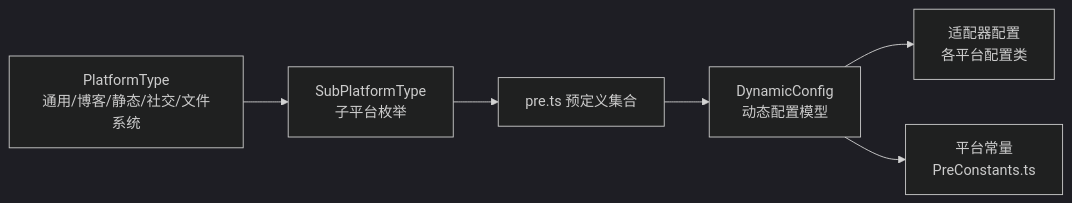
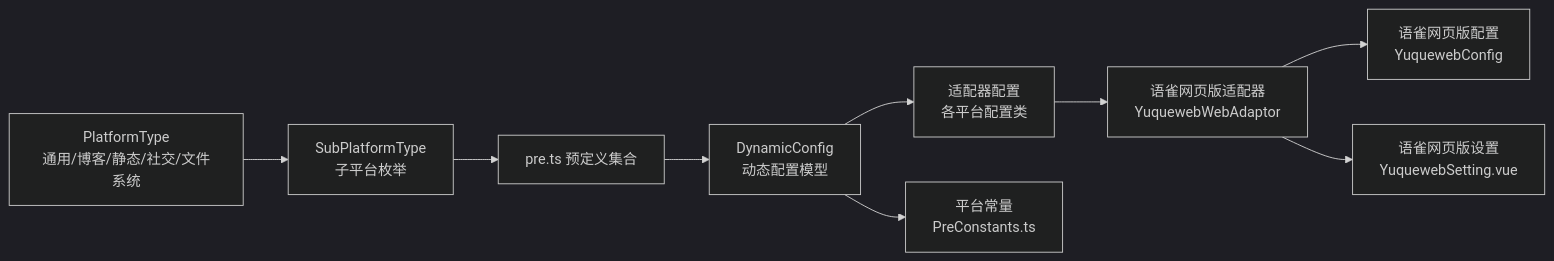
One commit to terwer/siyuan-plugin-publisher changed the third of 3 diagrams in .qoder/repowiki/zh/content/项目概述/支持的平台列表.md. Above: the diagram before and after it, drawn with Mermaid (dark theme). The commit also changed other lines of this file and 19 other files, not shown here.

````diff
--- a/.qoder/repowiki/zh/content/项目概述/支持的平台列表.md
+++ b/.qoder/repowiki/zh/content/项目概述/支持的平台列表.md
@@ -338,8 +371,11 @@
 ```mermaid
 graph LR
 PT["PlatformType<br/>通用/博客/静态/社交/文件系统"] --> ST["SubPlatformType<br/>子平台枚举"]
 ST --> PRE["pre.ts 预定义集合"]
 PRE --> DC["DynamicConfig<br/>动态配置模型"]
 DC --> AC["适配器配置<br/>各平台配置类"]
 DC --> PC["平台常量<br/>PreConstants.ts"]
+AC --> YW["语雀网页版适配器<br/>YuquewebWebAdaptor"]
+YW --> YWC["语雀网页版配置<br/>YuquewebConfig"]
+YW --> YWP["语雀网页版设置<br/>YuquewebSetting.vue"]
 ```
````
